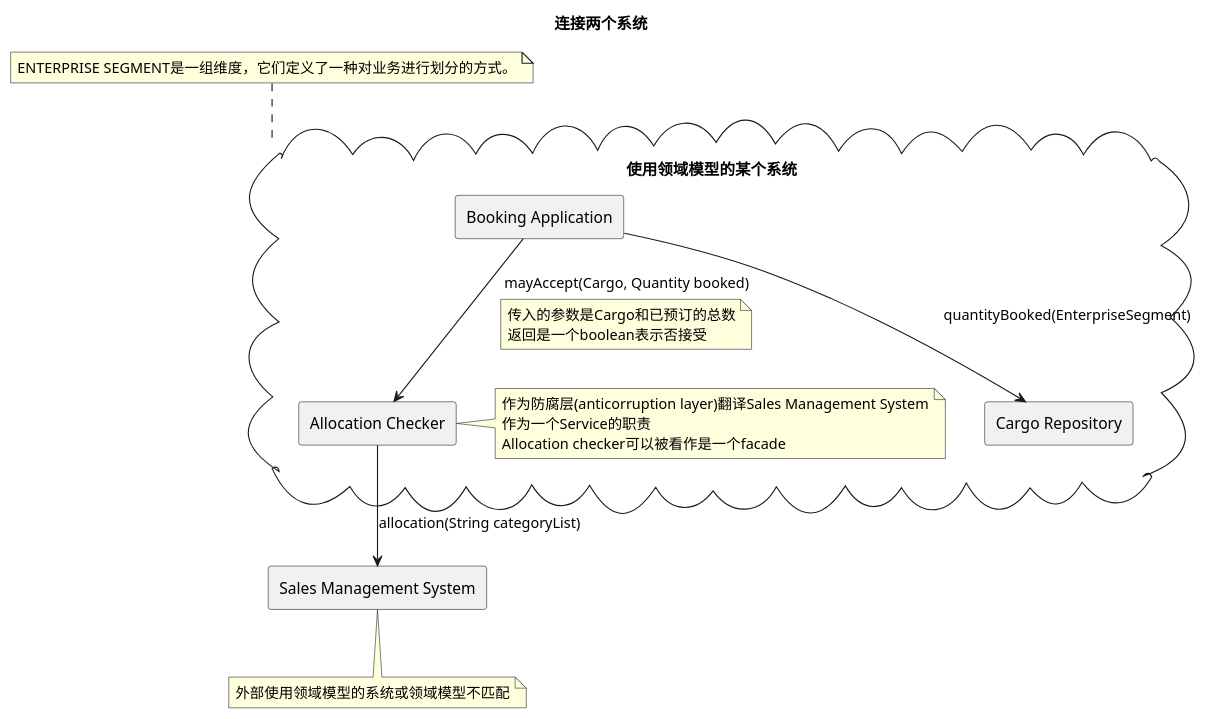
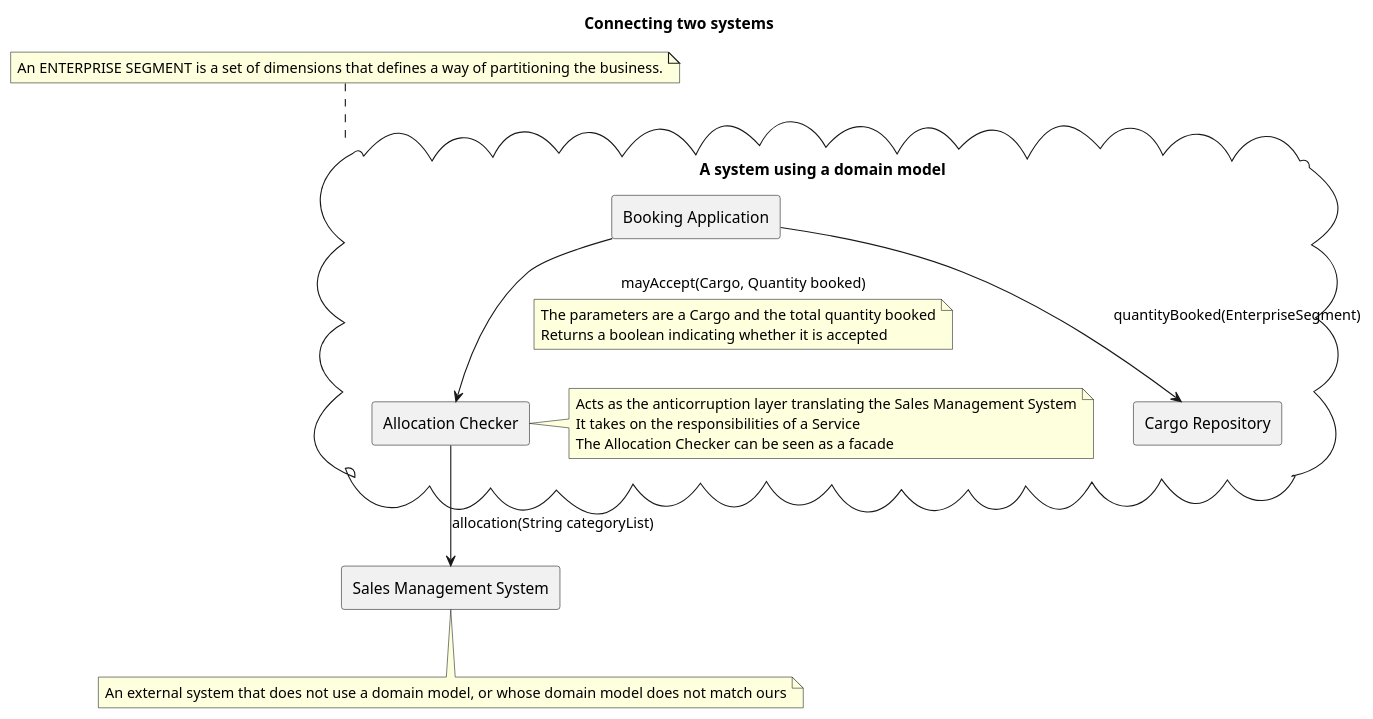
One commit to lindezhong/nvim-config changed the ninth of 19 diagrams in snippets/ddd.md. Above: the diagram before and after it, drawn with PlantUML. The commit also changed other lines of this file and 17 other files, not shown here.

````diff
--- a/snippets/ddd.md
+++ b/snippets/ddd.md
@@ -591,37 +800,37 @@
 ```plantuml
 @startuml
 allowmixing
-title 连接两个系统
-cloud 使用领域模型的某个系统 {
+title Connecting two systems
+cloud "A system using a domain model" as cloudSys {
     rectangle "Booking Application" as ba
     rectangle "Cargo Repository" as cr
     rectangle "Allocation Checker" as ar
     note right of ar
-    作为防腐层(anticorruption layer)翻译Sales Management System
-    作为一个Service的职责
-    Allocation checker可以被看作是一个facade
+    Acts as the anticorruption layer translating the Sales Management System
+    It takes on the responsibilities of a Service
+    The Allocation Checker can be seen as a facade
     end note
-    
+
 }
 rectangle "Sales Management System" as sms
 note bottom of sms
-外部使用领域模型的系统或领域模型不匹配
+An external system that does not use a domain model, or whose domain model does not match ours
 end note
 
 
-note top of 使用领域模型的某个系统
-ENTERPRISE SEGMENT是一组维度，它们定义了一种对业务进行划分的方式。
+note top of cloudSys
+An ENTERPRISE SEGMENT is a set of dimensions that defines a way of partitioning the business.
 end note
 
 ba --> cr : quantityBooked(EnterpriseSegment)
-ba --> ar : mayAccept(Cargo, Quantity booked) 
-note bottom  on link
-传入的参数是Cargo和已预订的总数
-返回是一个boolean表示否接受
+ba --> ar : mayAccept(Cargo, Quantity booked)
+note bottom on link
+The parameters are a Cargo and the total quantity booked
+Returns a boolean indicating whether it is accepted
 end note
 
 ar --> sms : allocation(String categoryList)
 
 
 @enduml
 ```
````
